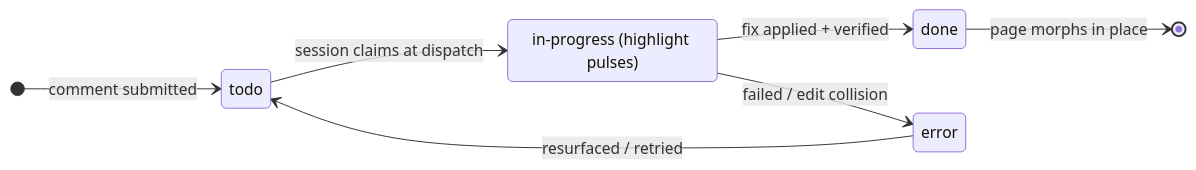
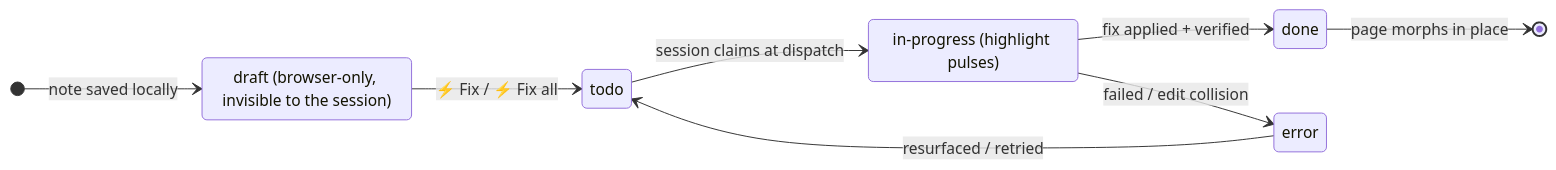
One commit to TechSeeHome/cc-htmlfeedback changed the second of 2 diagrams in docs/how-it-works.md. Above: the diagram before and after it, drawn with Mermaid. The commit also changed other lines of this file and 2 other files, not shown here.

First line of the commit message:
docs: document Fix/Fix-all buttons, draft persistence, and ignore .playwright-mcp

````diff
--- a/docs/how-it-works.md
+++ b/docs/how-it-works.md
@@ -138,12 +141,14 @@
 ```mermaid
 stateDiagram-v2
     direction LR
-    [*] --> todo: comment submitted
+    [*] --> draft: note saved locally
+    draft --> todo: ⚡ Fix / ⚡ Fix all
     todo --> inprogress: session claims at dispatch
     inprogress --> done: fix applied + verified
     inprogress --> error: failed / edit collision
     done --> [*]: page morphs in place
     error --> todo: resurfaced / retried
 
+    draft: draft (browser-only, invisible to the session)
     inprogress: in-progress (highlight pulses)
 ```
````
